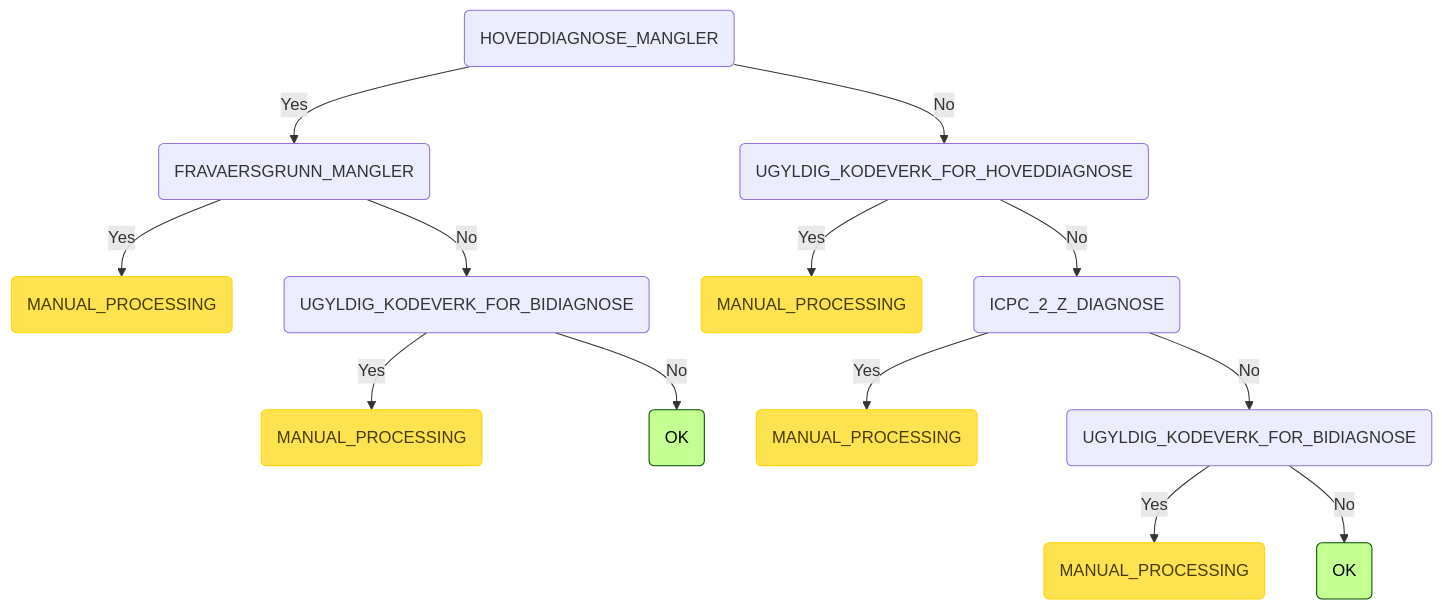
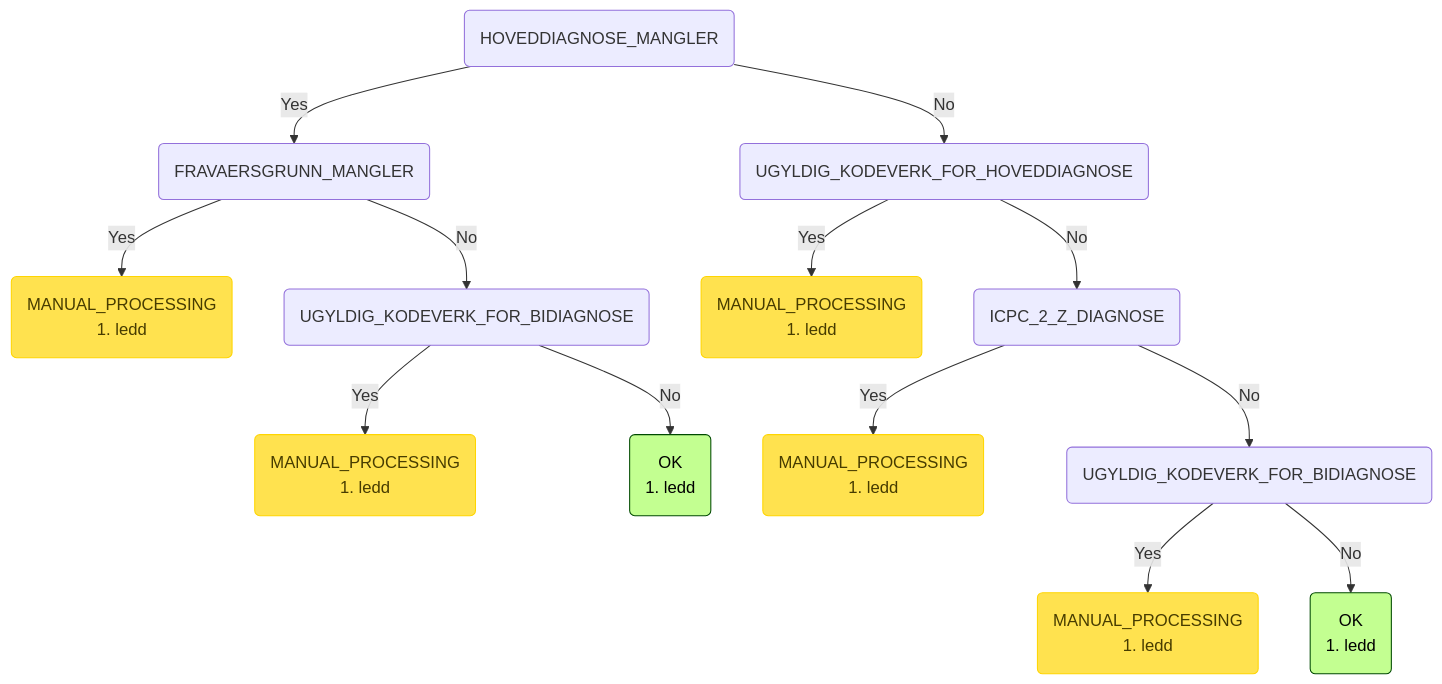
Before and after one commit to navikt/syfosmpapirregler: the fifth of 8 diagrams in README.md, drawn with Mermaid. The commit also changed other lines of this file and 42 other files, not shown here.

````diff
--- a/README.md
+++ b/README.md
@@ -176,18 +176,23 @@
 ```mermaid
 graph TD
     root(HOVEDDIAGNOSE_MANGLER) -->|Yes| root_HOVEDDIAGNOSE_MANGLER_FRAVAERSGRUNN_MANGLER(FRAVAERSGRUNN_MANGLER)
-    root_HOVEDDIAGNOSE_MANGLER_FRAVAERSGRUNN_MANGLER(FRAVAERSGRUNN_MANGLER) -->|Yes| root_HOVEDDIAGNOSE_MANGLER_FRAVAERSGRUNN_MANGLER_MANUAL_PROCESSING(MANUAL_PROCESSING):::manuell
+    root_HOVEDDIAGNOSE_MANGLER_FRAVAERSGRUNN_MANGLER(FRAVAERSGRUNN_MANGLER) -->|Yes| root_HOVEDDIAGNOSE_MANGLER_FRAVAERSGRUNN_MANGLER_MANUAL_PROCESSING(MANUAL_PROCESSING
+1. ledd):::manuell
     root_HOVEDDIAGNOSE_MANGLER_FRAVAERSGRUNN_MANGLER(FRAVAERSGRUNN_MANGLER) -->|No| root_HOVEDDIAGNOSE_MANGLER_FRAVAERSGRUNN_MANGLER_UGYLDIG_KODEVERK_FOR_BIDIAGNOSE(UGYLDIG_KODEVERK_FOR_BIDIAGNOSE)
-    root_HOVEDDIAGNOSE_MANGLER_FRAVAERSGRUNN_MANGLER_UGYLDIG_KODEVERK_FOR_BIDIAGNOSE(UGYLDIG_KODEVERK_FOR_BIDIAGNOSE) -->|Yes| root_HOVEDDIAGNOSE_MANGLER_FRAVAERSGRUNN_MANGLER_UGYLDIG_KODEVERK_FOR_BIDIAGNOSE_MANUAL_PROCESSING(MANUAL_PROCESSING):::manuell
-    root_HOVEDDIAGNOSE_MANGLER_FRAVAERSGRUNN_MANGLER_UGYLDIG_KODEVERK_FOR_BIDIAGNOSE(UGYLDIG_KODEVERK_FOR_BIDIAGNOSE) -->|No| root_HOVEDDIAGNOSE_MANGLER_FRAVAERSGRUNN_MANGLER_UGYLDIG_KODEVERK_FOR_BIDIAGNOSE_OK(OK):::ok
+    root_HOVEDDIAGNOSE_MANGLER_FRAVAERSGRUNN_MANGLER_UGYLDIG_KODEVERK_FOR_BIDIAGNOSE(UGYLDIG_KODEVERK_FOR_BIDIAGNOSE) -->|Yes| root_HOVEDDIAGNOSE_MANGLER_FRAVAERSGRUNN_MANGLER_UGYLDIG_KODEVERK_FOR_BIDIAGNOSE_MANUAL_PROCESSING(MANUAL_PROCESSING
+1. ledd):::manuell
+    root_HOVEDDIAGNOSE_MANGLER_FRAVAERSGRUNN_MANGLER_UGYLDIG_KODEVERK_FOR_BIDIAGNOSE(UGYLDIG_KODEVERK_FOR_BIDIAGNOSE) -->|No| root_HOVEDDIAGNOSE_MANGLER_FRAVAERSGRUNN_MANGLER_UGYLDIG_KODEVERK_FOR_BIDIAGNOSE_OK(OK <br/>1. ledd):::ok
     root(HOVEDDIAGNOSE_MANGLER) -->|No| root_HOVEDDIAGNOSE_MANGLER_UGYLDIG_KODEVERK_FOR_HOVEDDIAGNOSE(UGYLDIG_KODEVERK_FOR_HOVEDDIAGNOSE)
-    root_HOVEDDIAGNOSE_MANGLER_UGYLDIG_KODEVERK_FOR_HOVEDDIAGNOSE(UGYLDIG_KODEVERK_FOR_HOVEDDIAGNOSE) -->|Yes| root_HOVEDDIAGNOSE_MANGLER_UGYLDIG_KODEVERK_FOR_HOVEDDIAGNOSE_MANUAL_PROCESSING(MANUAL_PROCESSING):::manuell
+    root_HOVEDDIAGNOSE_MANGLER_UGYLDIG_KODEVERK_FOR_HOVEDDIAGNOSE(UGYLDIG_KODEVERK_FOR_HOVEDDIAGNOSE) -->|Yes| root_HOVEDDIAGNOSE_MANGLER_UGYLDIG_KODEVERK_FOR_HOVEDDIAGNOSE_MANUAL_PROCESSING(MANUAL_PROCESSING
+1. ledd):::manuell
     root_HOVEDDIAGNOSE_MANGLER_UGYLDIG_KODEVERK_FOR_HOVEDDIAGNOSE(UGYLDIG_KODEVERK_FOR_HOVEDDIAGNOSE) -->|No| root_HOVEDDIAGNOSE_MANGLER_UGYLDIG_KODEVERK_FOR_HOVEDDIAGNOSE_ICPC_2_Z_DIAGNOSE(ICPC_2_Z_DIAGNOSE)
-    root_HOVEDDIAGNOSE_MANGLER_UGYLDIG_KODEVERK_FOR_HOVEDDIAGNOSE_ICPC_2_Z_DIAGNOSE(ICPC_2_Z_DIAGNOSE) -->|Yes| root_HOVEDDIAGNOSE_MANGLER_UGYLDIG_KODEVERK_FOR_HOVEDDIAGNOSE_ICPC_2_Z_DIAGNOSE_MANUAL_PROCESSING(MANUAL_PROCESSING):::manuell
+    root_HOVEDDIAGNOSE_MANGLER_UGYLDIG_KODEVERK_FOR_HOVEDDIAGNOSE_ICPC_2_Z_DIAGNOSE(ICPC_2_Z_DIAGNOSE) -->|Yes| root_HOVEDDIAGNOSE_MANGLER_UGYLDIG_KODEVERK_FOR_HOVEDDIAGNOSE_ICPC_2_Z_DIAGNOSE_MANUAL_PROCESSING(MANUAL_PROCESSING
+1. ledd):::manuell
     root_HOVEDDIAGNOSE_MANGLER_UGYLDIG_KODEVERK_FOR_HOVEDDIAGNOSE_ICPC_2_Z_DIAGNOSE(ICPC_2_Z_DIAGNOSE) -->|No| root_HOVEDDIAGNOSE_MANGLER_UGYLDIG_KODEVERK_FOR_HOVEDDIAGNOSE_ICPC_2_Z_DIAGNOSE_UGYLDIG_KODEVERK_FOR_BIDIAGNOSE(UGYLDIG_KODEVERK_FOR_BIDIAGNOSE)
-    root_HOVEDDIAGNOSE_MANGLER_UGYLDIG_KODEVERK_FOR_HOVEDDIAGNOSE_ICPC_2_Z_DIAGNOSE_UGYLDIG_KODEVERK_FOR_BIDIAGNOSE(UGYLDIG_KODEVERK_FOR_BIDIAGNOSE) -->|Yes| root_HOVEDDIAGNOSE_MANGLER_UGYLDIG_KODEVERK_FOR_HOVEDDIAGNOSE_ICPC_2_Z_DIAGNOSE_UGYLDIG_KODEVERK_FOR_BIDIAGNOSE_MANUAL_PROCESSING(MANUAL_PROCESSING):::manuell
-    root_HOVEDDIAGNOSE_MANGLER_UGYLDIG_KODEVERK_FOR_HOVEDDIAGNOSE_ICPC_2_Z_DIAGNOSE_UGYLDIG_KODEVERK_FOR_BIDIAGNOSE(UGYLDIG_KODEVERK_FOR_BIDIAGNOSE) -->|No| root_HOVEDDIAGNOSE_MANGLER_UGYLDIG_KODEVERK_FOR_HOVEDDIAGNOSE_ICPC_2_Z_DIAGNOSE_UGYLDIG_KODEVERK_FOR_BIDIAGNOSE_OK(OK):::ok
+    root_HOVEDDIAGNOSE_MANGLER_UGYLDIG_KODEVERK_FOR_HOVEDDIAGNOSE_ICPC_2_Z_DIAGNOSE_UGYLDIG_KODEVERK_FOR_BIDIAGNOSE(UGYLDIG_KODEVERK_FOR_BIDIAGNOSE) -->|Yes| root_HOVEDDIAGNOSE_MANGLER_UGYLDIG_KODEVERK_FOR_HOVEDDIAGNOSE_ICPC_2_Z_DIAGNOSE_UGYLDIG_KODEVERK_FOR_BIDIAGNOSE_MANUAL_PROCESSING(MANUAL_PROCESSING
+1. ledd):::manuell
+    root_HOVEDDIAGNOSE_MANGLER_UGYLDIG_KODEVERK_FOR_HOVEDDIAGNOSE_ICPC_2_Z_DIAGNOSE_UGYLDIG_KODEVERK_FOR_BIDIAGNOSE(UGYLDIG_KODEVERK_FOR_BIDIAGNOSE) -->|No| root_HOVEDDIAGNOSE_MANGLER_UGYLDIG_KODEVERK_FOR_HOVEDDIAGNOSE_ICPC_2_Z_DIAGNOSE_UGYLDIG_KODEVERK_FOR_BIDIAGNOSE_OK(OK <br/>1. ledd):::ok
     classDef ok fill:#c3ff91,stroke:#004a00,color: black;
     classDef invalid fill:#ff7373,stroke:#ff0000,color: black;
     classDef manuell fill:#ffe24f,stroke:#ffd500,color: #473c00;
 ```
````
